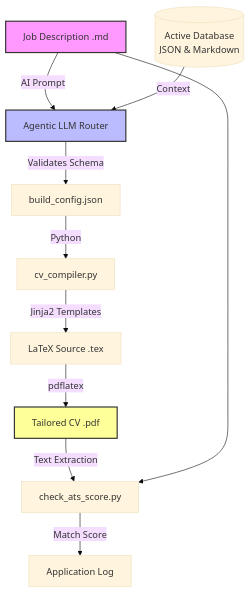
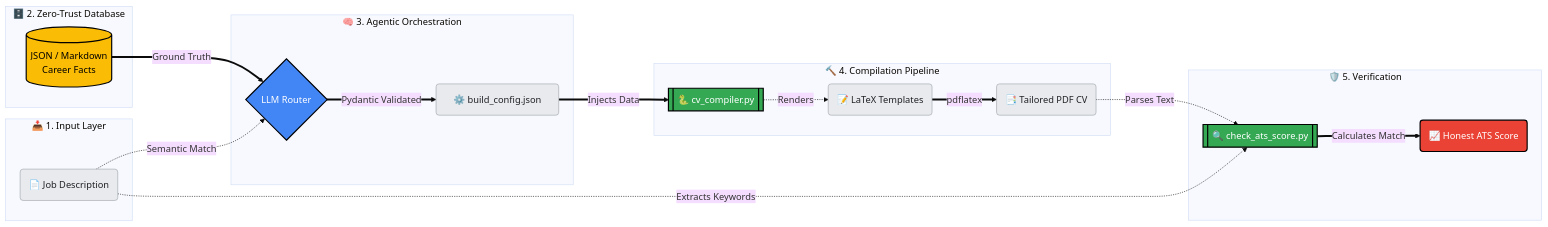
One commit to Gotili/EigenCV changed the diagram in README.md. Above: the diagram before and after it, drawn with Mermaid (base theme).

Commit message:
grapyh update

````diff
--- a/README.md
+++ b/README.md
@@ -70,19 +70,53 @@
 ```mermaid
-graph TD
-    JD[Job Description .md] -->|AI Prompt| AI[Agentic LLM Router]
-    DB[(Active Database\nJSON & Markdown)] -->|Context| AI
+flowchart LR
+    %% Subgraphs for Architectural Separation
+    subgraph Input ["📥 1. Input Layer"]
+        JD(📄 Job Description)
+    end
+
+    subgraph Data ["🗄️ 2. Zero-Trust Database"]
+        DB[(JSON / Markdown\nCareer Facts)]
+    end
+
+    subgraph AI_Layer ["🧠 3. Agentic Orchestration"]
+        Router{LLM Router}
+        Config[⚙️ build_config.json]
+    end
+
+    subgraph Build ["🔨 4. Compilation Pipeline"]
+        Compiler[[🐍 cv_compiler.py]]
+        TEX(📝 LaTeX Templates)
+        PDF(📑 Tailored PDF CV)
+    end
+
+    subgraph Verif ["🛡️ 5. Verification"]
+        ATS[[🔍 check_ats_score.py]]
+        Log(📈 Honest ATS Score)
+    end
+
+    %% Workflow
+    JD -.->|Semantic Match| Router
+    DB ==>|Ground Truth| Router
+    Router ==>|Pydantic Validated| Config
     
-    AI -->|Validates Schema| Config[build_config.json]
-    Config -->|Python| Compiler[cv_compiler.py]
+    Config ==>|Injects Data| Compiler
+    Compiler -.->|Renders| TEX
+    TEX ==>|pdflatex| PDF
     
-    Compiler -->|Jinja2 Templates| TEX[LaTeX Source .tex]
-    TEX -->|pdflatex| PDF[Tailored CV .pdf]
+    PDF -.->|Parses Text| ATS
+    JD -.->|Extracts Keywords| ATS
+    ATS ==>|Calculates Match| Log
+
+    %% Styling to make it look premium
+    classDef primary fill:#4285F4,stroke:#000,stroke-width:2px,color:#fff,rx:5px,ry:5px;
+    classDef secondary fill:#34A853,stroke:#000,stroke-width:2px,color:#fff,rx:5px,ry:5px;
+    classDef database fill:#FBBC05,stroke:#000,stroke-width:2px,color:#000,rx:5px,ry:5px;
+    classDef warning fill:#EA4335,stroke:#000,stroke-width:2px,color:#fff,rx:5px,ry:5px;
+    classDef file fill:#E8EAED,stroke:#9AA0A6,stroke-width:1px,color:#202124,rx:5px,ry:5px;
     
-    PDF -->|Text Extraction| ATS[check_ats_score.py]
-    JD --> ATS
-    ATS -->|Match Score| Log[Application Log]
-    
-    style JD fill:#f9f,stroke:#333,stroke-width:2px
-    style AI fill:#bbf,stroke:#333,stroke-width:2px
-    style PDF fill:#ff9,stroke:#333,stroke-width:2px
+    class Router primary;
+    class Compiler,ATS secondary;
+    class DB database;
+    class Log warning;
+    class JD,Config,TEX,PDF file;
 ```
````
